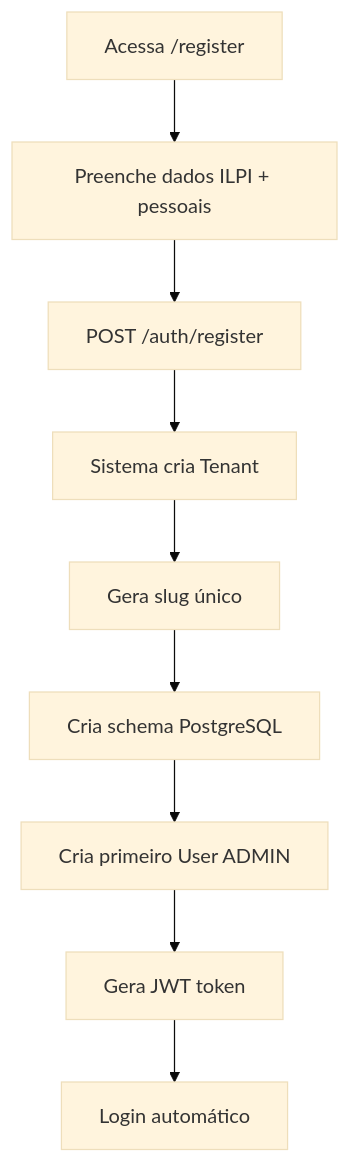
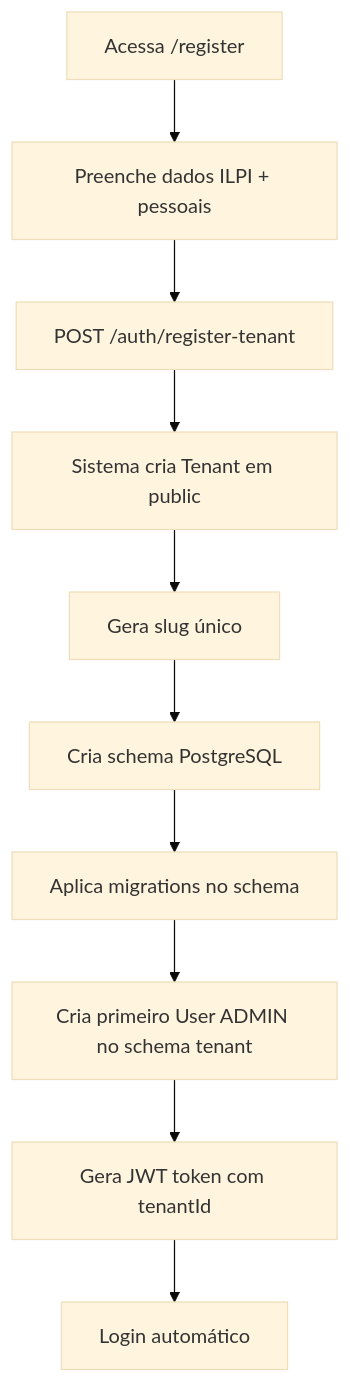
Before and after one commit to devel-fonseca/rafa-ilpi-data: the first of 2 diagrams in docs/architecture/MULTI-TENANT-ISOLATION.md, drawn with Mermaid (base theme). The commit also changed other lines of this file and 1 other file, not shown here.

First line of the commit message:
docs(architecture): atualizar documentação multi-tenant para refletir implementação atual

````diff
--- a/docs/architecture/MULTI-TENANT-ISOLATION.md
+++ b/docs/architecture/MULTI-TENANT-ISOLATION.md
@@ -80,11 +98,12 @@
 ```mermaid
 graph TD
     A[Acessa /register] --> B[Preenche dados ILPI + pessoais]
-    B --> C[POST /auth/register]
-    C --> D[Sistema cria Tenant]
+    B --> C[POST /auth/register-tenant]
+    C --> D[Sistema cria Tenant em public]
     D --> E[Gera slug único]
     E --> F[Cria schema PostgreSQL]
-    F --> G[Cria primeiro User ADMIN]
-    G --> H[Gera JWT token]
-    H --> I[Login automático]
+    F --> G[Aplica migrations no schema]
+    G --> H[Cria primeiro User ADMIN no schema tenant]
+    H --> I[Gera JWT token com tenantId]
+    I --> J[Login automático]
 ```
````
